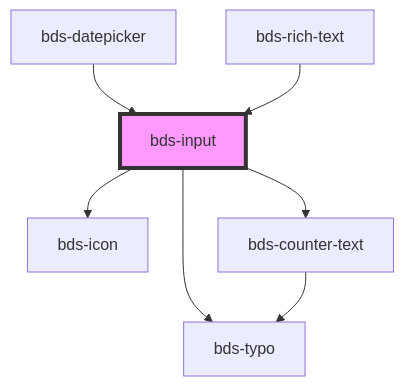
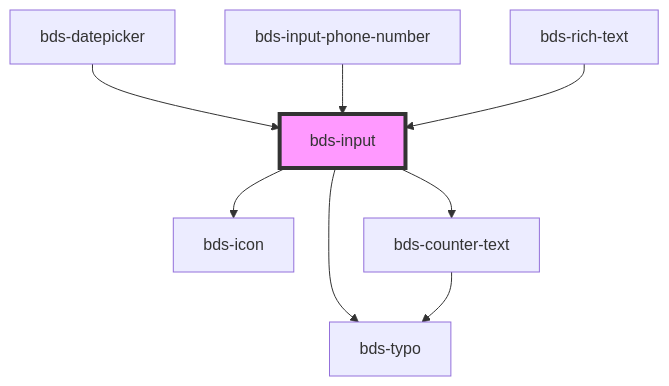
Before and after one commit to takenet/blip-ds: the diagram in src/components/input/readme.md, drawn with Mermaid. The commit also changed other lines of this file and 6 other files, not shown here.

Commit message:
Add comprehensive enhancements to InputPhoneNumber component - new props for country selection and search functionality

````diff
--- a/src/components/input/readme.md
+++ b/src/components/input/readme.md
@@ -137,10 +138,11 @@
 ```mermaid
 graph TD;
   bds-input --> bds-icon
   bds-input --> bds-typo
   bds-input --> bds-counter-text
   bds-counter-text --> bds-typo
   bds-datepicker --> bds-input
+  bds-input-phone-number --> bds-input
   bds-rich-text --> bds-input
   style bds-input fill:#f9f,stroke:#333,stroke-width:4px
 ```
````
